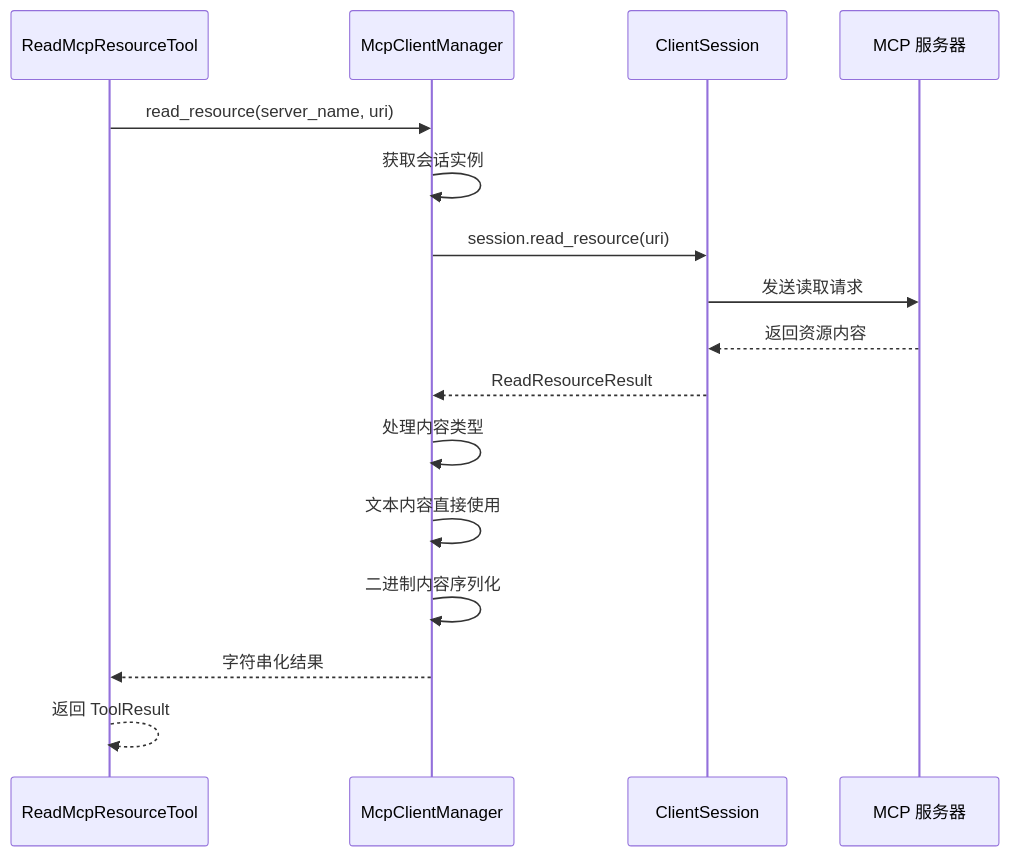
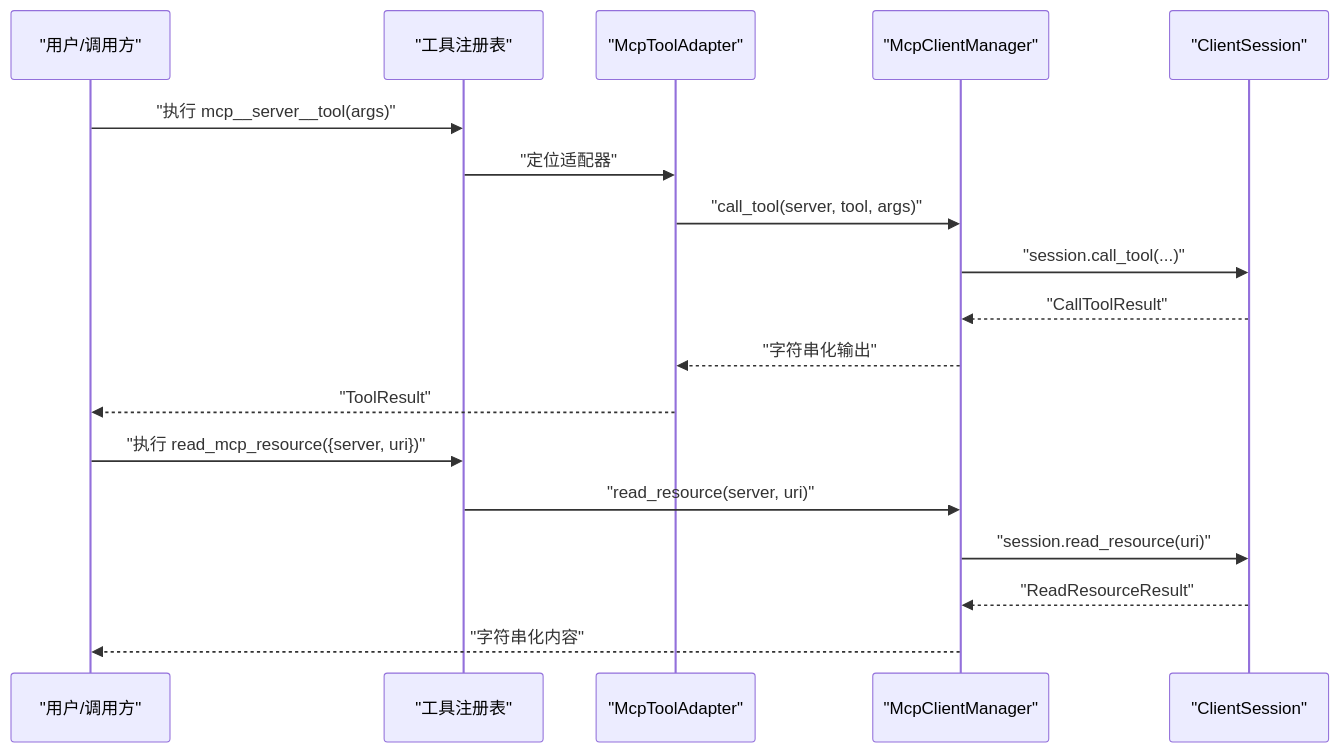
One commit to haolange/OpenHarness changed the sixth of 7 diagrams in .qoder/repowiki/zh/content/MCP 协议支持/MCP 客户端实现.md. Above: the diagram before and after it, drawn with Mermaid. The commit also changed other lines of this file and 222 other files, not shown here.

````diff
--- a/.qoder/repowiki/zh/content/MCP 协议支持/MCP 客户端实现.md
+++ b/.qoder/repowiki/zh/content/MCP 协议支持/MCP 客户端实现.md
@@ -307,18 +278,20 @@
 ```mermaid
 sequenceDiagram
-participant Tool as ReadMcpResourceTool
-participant Manager as McpClientManager
-participant Session as ClientSession
-participant Server as MCP 服务器
-Tool->>Manager : read_resource(server_name, uri)
-Manager->>Manager : 获取会话实例
-Manager->>Session : session.read_resource(uri)
-Session->>Server : 发送读取请求
-Server-->>Session : 返回资源内容
-Session-->>Manager : ReadResourceResult
-Manager->>Manager : 处理内容类型
-Manager->>Manager : 文本内容直接使用
-Manager->>Manager : 二进制内容序列化
-Manager-->>Tool : 字符串化结果
-Tool-->>Tool : 返回 ToolResult
+participant User as "用户/调用方"
+participant Registry as "工具注册表"
+participant Adapter as "McpToolAdapter"
+participant Manager as "McpClientManager"
+participant Session as "ClientSession"
+User->>Registry : "执行 mcp__server__tool(args)"
+Registry->>Adapter : "定位适配器"
+Adapter->>Manager : "call_tool(server, tool, args)"
+Manager->>Session : "session.call_tool(...)"
+Session-->>Manager : "CallToolResult"
+Manager-->>Adapter : "字符串化输出"
+Adapter-->>User : "ToolResult"
+User->>Registry : "执行 read_mcp_resource({server, uri})"
+Registry->>Manager : "read_resource(server, uri)"
+Manager->>Session : "session.read_resource(uri)"
+Session-->>Manager : "ReadResourceResult"
+Manager-->>User : "字符串化内容"
 ```
````
